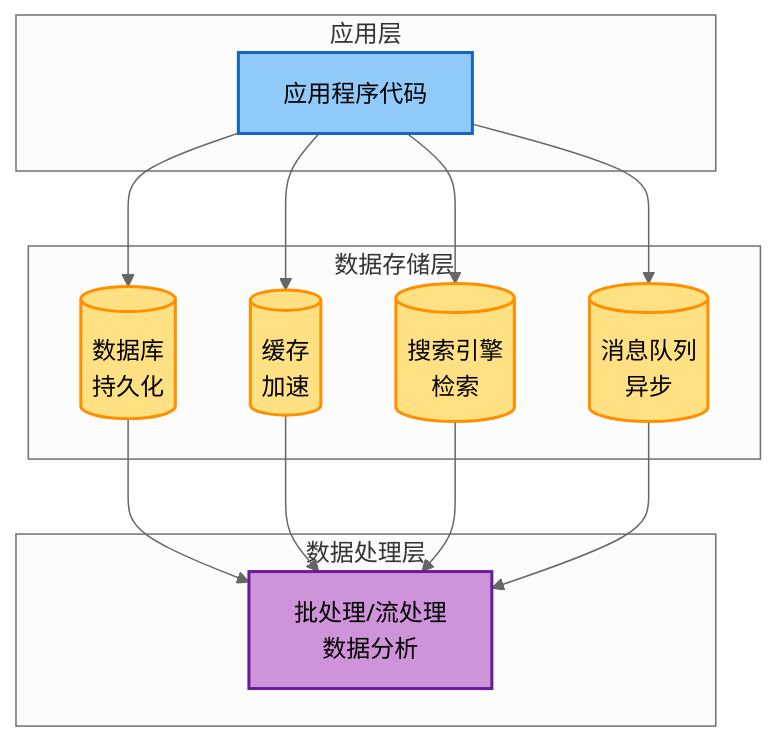
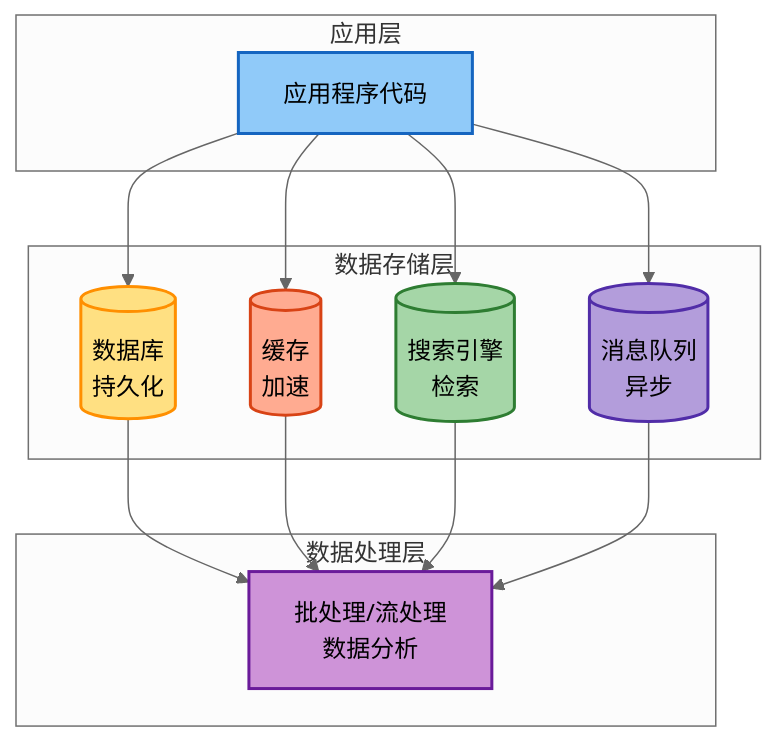
One commit to HenryThomas9587/henry.github.io changed the second of 3 diagrams in docs/notes/ddia/part1-foundations/chapter-01.md. Above: the diagram before and after it, drawn with Mermaid (neutral theme). The commit also changed other lines of this file and 9 other files, not shown here.

First line of the commit message:
docs(ddia): 优化章节结构和图例布局

````diff
--- a/docs/notes/ddia/part1-foundations/chapter-01.md
+++ b/docs/notes/ddia/part1-foundations/chapter-01.md
@@ -19,34 +54,34 @@
 ```mermaid
 graph TB
     subgraph 应用层
         APP[应用程序代码]
     end
 
     subgraph 数据存储层
         DB[(数据库<br/>持久化)]
         CACHE[(缓存<br/>加速)]
         SEARCH[(搜索引擎<br/>检索)]
         MQ[(消息队列<br/>异步)]
     end
 
     subgraph 数据处理层
         BATCH[批处理/流处理<br/>数据分析]
     end
 
     APP --> DB
     APP --> CACHE
     APP --> SEARCH
     APP --> MQ
 
     DB --> BATCH
     CACHE --> BATCH
     SEARCH --> BATCH
     MQ --> BATCH
 
     style APP fill:#90CAF9,stroke:#1565C0,stroke-width:2px
     style DB fill:#FFE082,stroke:#FF8F00,stroke-width:2px
-    style CACHE fill:#FFE082,stroke:#FF8F00,stroke-width:2px
-    style SEARCH fill:#FFE082,stroke:#FF8F00,stroke-width:2px
-    style MQ fill:#FFE082,stroke:#FF8F00,stroke-width:2px
+    style CACHE fill:#FFAB91,stroke:#D84315,stroke-width:2px
+    style SEARCH fill:#A5D6A7,stroke:#2E7D32,stroke-width:2px
+    style MQ fill:#B39DDB,stroke:#512DA8,stroke-width:2px
     style BATCH fill:#CE93D8,stroke:#6A1B9A,stroke-width:2px
 ```
````
